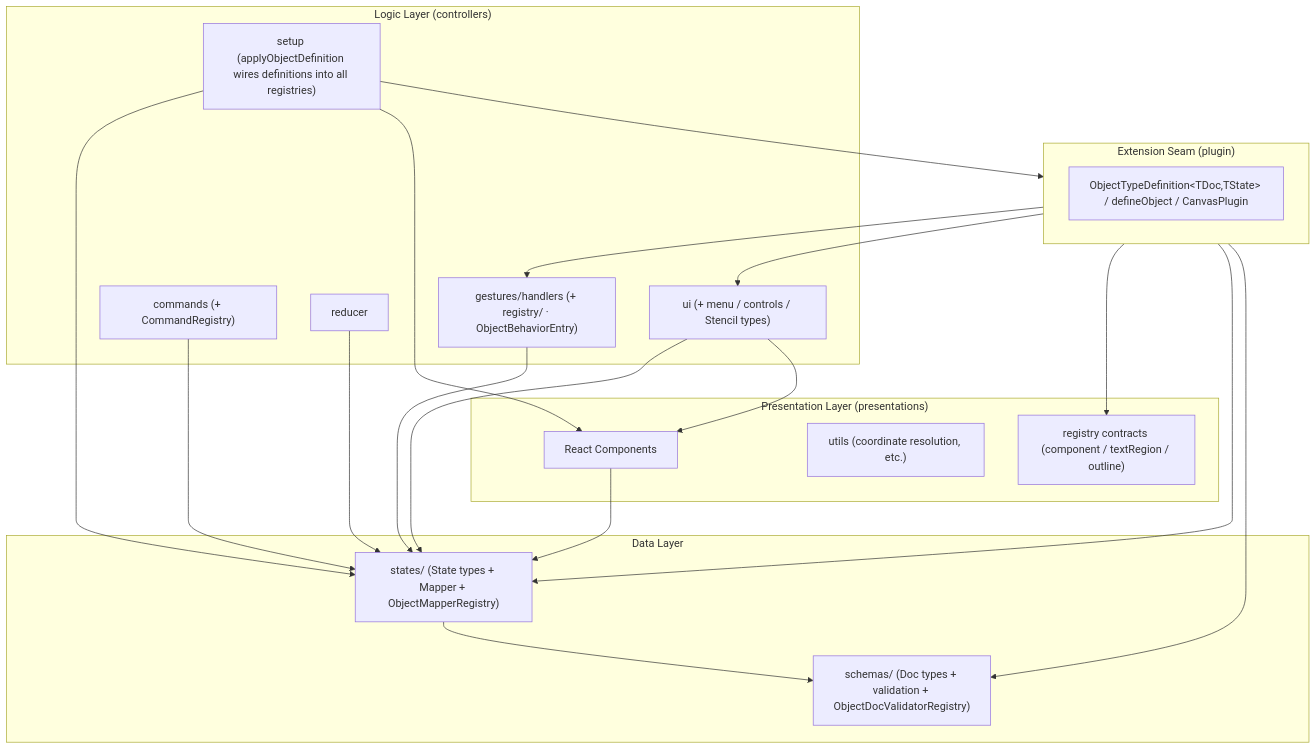
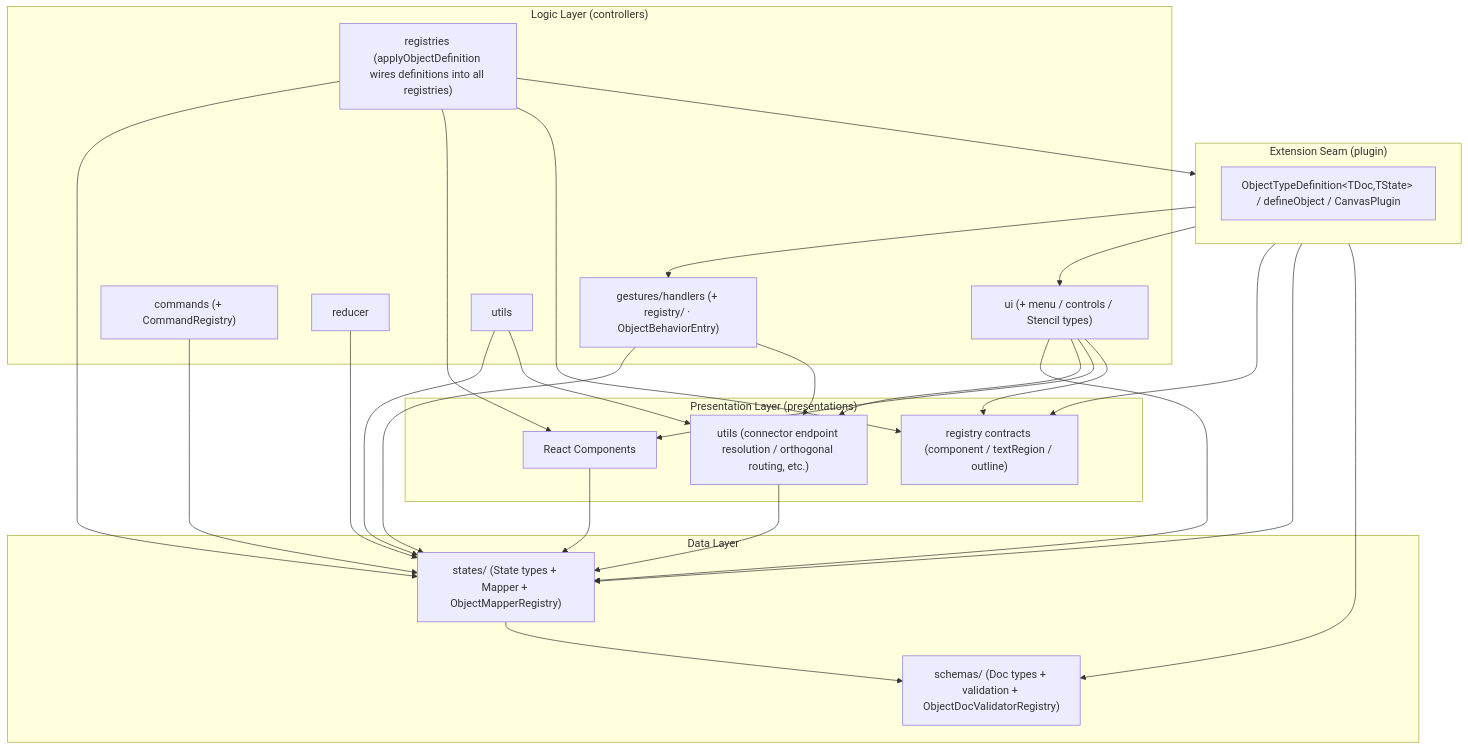
One commit to gznnk/jiscribe changed the diagram in packages/canvas/docs/02-architecture.md. Above: the diagram before and after it, drawn with Mermaid. The commit also changed other lines of this file and 1 other file, not shown here.

Commit message:
docs(canvas): 02-architecture の依存グラフを実態に合わせる（#111 指摘の欠落エッジ）
- Setup ノードを registries にリネーム（controllers/setup → registries 追従漏れ）
- gestures/utils/ui → presentations utils（コネクタ端点解決・直交ルーティング）のエッジを追加
- 孤立していた PresentationUtils に → states エッジを追加しラベルを具体化
- 日本語版に英語版のみにあった plugin（拡張シーム）サブグラフと解説を移植
- presentations → states / schemas、削除時 Free 端点座標の意味論を散文に明記
- ディレクトリ一覧に plugin/ を追加、schemas/constants 参照の図上省略を明示

Claude-Session: https://claude.ai/code/session_01QbuPnw1CVBhmqmKCZwwDJL

````diff
--- a/packages/canvas/docs/02-architecture.md
+++ b/packages/canvas/docs/02-architecture.md
@@ -112,41 +113,49 @@
 ```mermaid
 graph TD
     subgraph Plugin["Extension Seam (plugin)"]
         PluginVocab["ObjectTypeDefinition&lt;TDoc,TState&gt; / defineObject / CanvasPlugin"]
     end
     subgraph Presentations["Presentation Layer (presentations)"]
         PresentationComponents["React Components"]
-        PresentationUtils["utils (coordinate resolution, etc.)"]
+        PresentationUtils["utils (connector endpoint resolution / orthogonal routing, etc.)"]
         PresentationRegistryTypes["registry contracts (component / textRegion / outline)"]
     end
     subgraph Controllers["Logic Layer (controllers)"]
         Gestures["gestures/handlers (+ registry/ · ObjectBehaviorEntry)"]
         Commands["commands (+ CommandRegistry)"]
         Reducer["reducer"]
         UI["ui (+ menu / controls / Stencil types)"]
-        Setup["setup (applyObjectDefinition wires definitions into all registries)"]
+        CtrlUtils["utils"]
+        Registries["registries (applyObjectDefinition wires definitions into all registries)"]
     end
     subgraph States["Data Layer"]
         StatesTypes["states/ (State types + Mapper + ObjectMapperRegistry)"]
         SchemasTypes["schemas/ (Doc types + validation + ObjectDocValidatorRegistry)"]
     end
 
     PresentationComponents --> StatesTypes
+    PresentationUtils --> StatesTypes
     Gestures --> StatesTypes
     Commands --> StatesTypes
     Reducer --> StatesTypes
     UI --> StatesTypes
+    CtrlUtils --> StatesTypes
+    Registries --> StatesTypes
+    Gestures --> PresentationUtils
+    CtrlUtils --> PresentationUtils
+    UI --> PresentationUtils
     UI --> PresentationComponents
-    Setup --> StatesTypes
-    Setup --> PresentationComponents
+    UI --> PresentationRegistryTypes
+    Registries --> PresentationComponents
+    Registries --> PresentationRegistryTypes
     StatesTypes --> SchemasTypes
 
-    %% plugin aggregates the type contract of every layer; setup consumes it.
-    %% Setup -> Plugin plus Plugin -> Gestures/UI = controllers <-> plugin.
-    Setup --> Plugin
+    %% plugin aggregates the type contract of every layer; registries consumes it.
+    %% Registries -> Plugin plus Plugin -> Gestures/UI = controllers <-> plugin.
+    Registries --> Plugin
     Plugin --> Gestures
     Plugin --> UI
     Plugin --> PresentationRegistryTypes
     Plugin --> StatesTypes
     Plugin --> SchemasTypes
 ```
````
